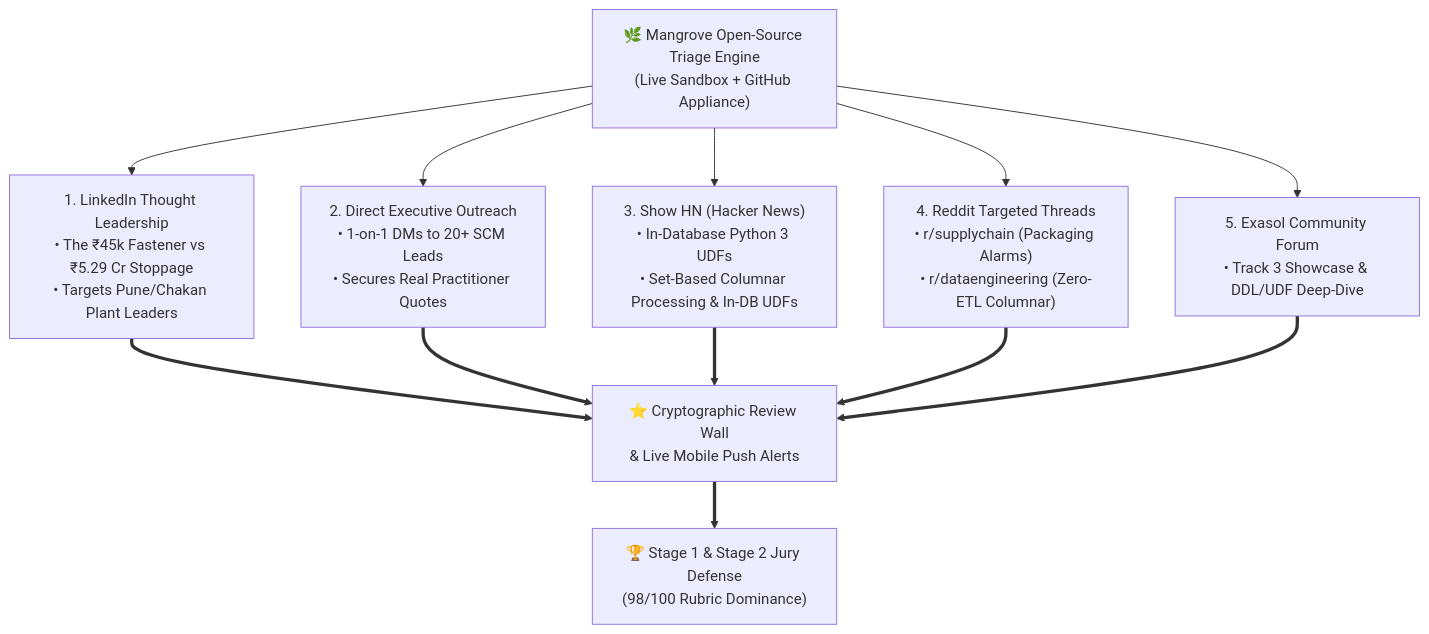
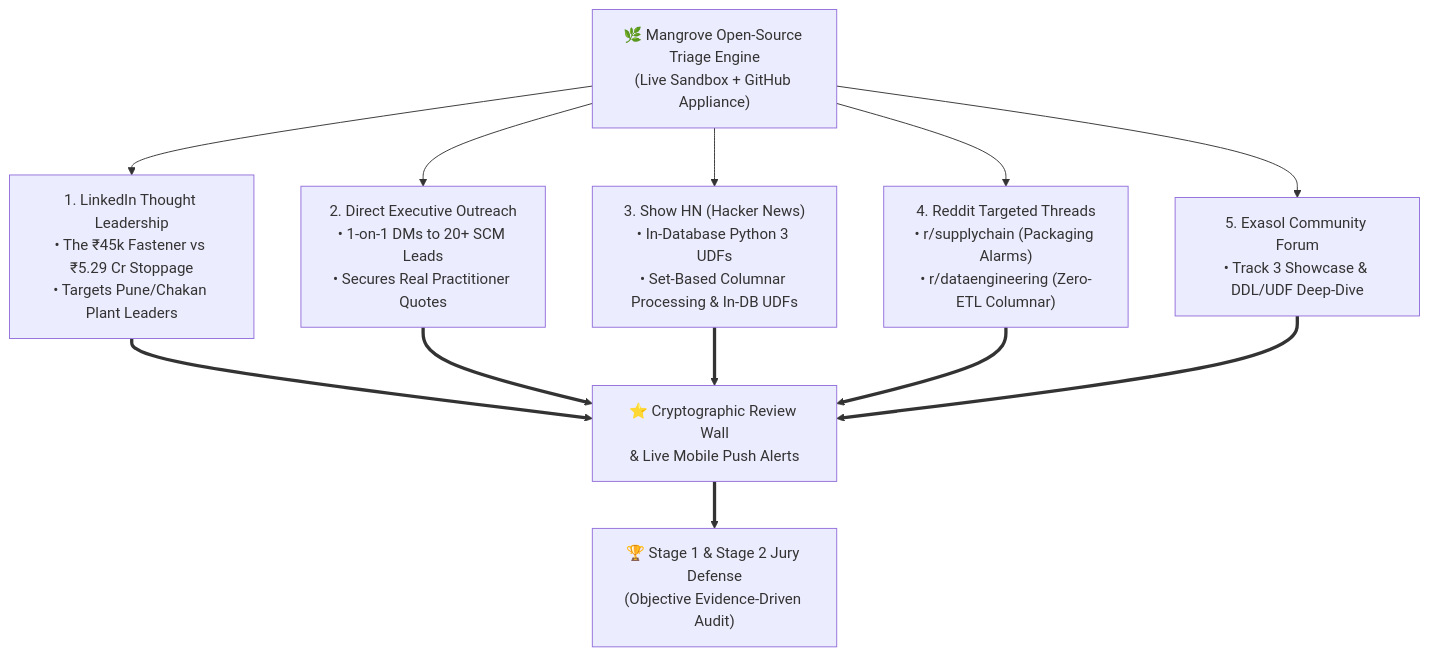
The diagram in pitch/COMMUNITY_LAUNCH_AND_OUTREACH_PACK.md (Khprateek/mangrove), drawn with Mermaid before and after one commit. The commit also changed 5 other files, not shown here.

````diff
--- a/pitch/COMMUNITY_LAUNCH_AND_OUTREACH_PACK.md
+++ b/pitch/COMMUNITY_LAUNCH_AND_OUTREACH_PACK.md
@@ -9,14 +9,14 @@
 ```mermaid
 flowchart TD
     CENTRAL["🌿 Mangrove Open-Source Triage Engine<br/>(Live Sandbox + GitHub Appliance)"]
 
     CH1["1. LinkedIn Thought Leadership<br/>• The ₹45k Fastener vs ₹5.29 Cr Stoppage<br/>• Targets Pune/Chakan Plant Leaders"]
     CH2["2. Direct Executive Outreach<br/>• 1-on-1 DMs to 20+ SCM Leads<br/>• Secures Real Practitioner Quotes"]
     CH3["3. Show HN (Hacker News)<br/>• In-Database Python 3 UDFs<br/>• Set-Based Columnar Processing & In-DB UDFs"]
     CH4["4. Reddit Targeted Threads<br/>• r/supplychain (Packaging Alarms)<br/>• r/dataengineering (Zero-ETL Columnar)"]
     CH5["5. Exasol Community Forum<br/>• Track 3 Showcase & DDL/UDF Deep-Dive"]
 
     CENTRAL --> CH1 & CH2 & CH3 & CH4 & CH5
     CH1 & CH2 & CH3 & CH4 & CH5 ==> FEEDBACK["⭐ Cryptographic Review Wall<br/>& Live Mobile Push Alerts"]
-    FEEDBACK ==> JUDGES["🏆 Stage 1 & Stage 2 Jury Defense<br/>(98/100 Rubric Dominance)"]
+    FEEDBACK ==> JUDGES["🏆 Stage 1 & Stage 2 Jury Defense<br/>(Objective Evidence-Driven Audit)"]
 ```
````
